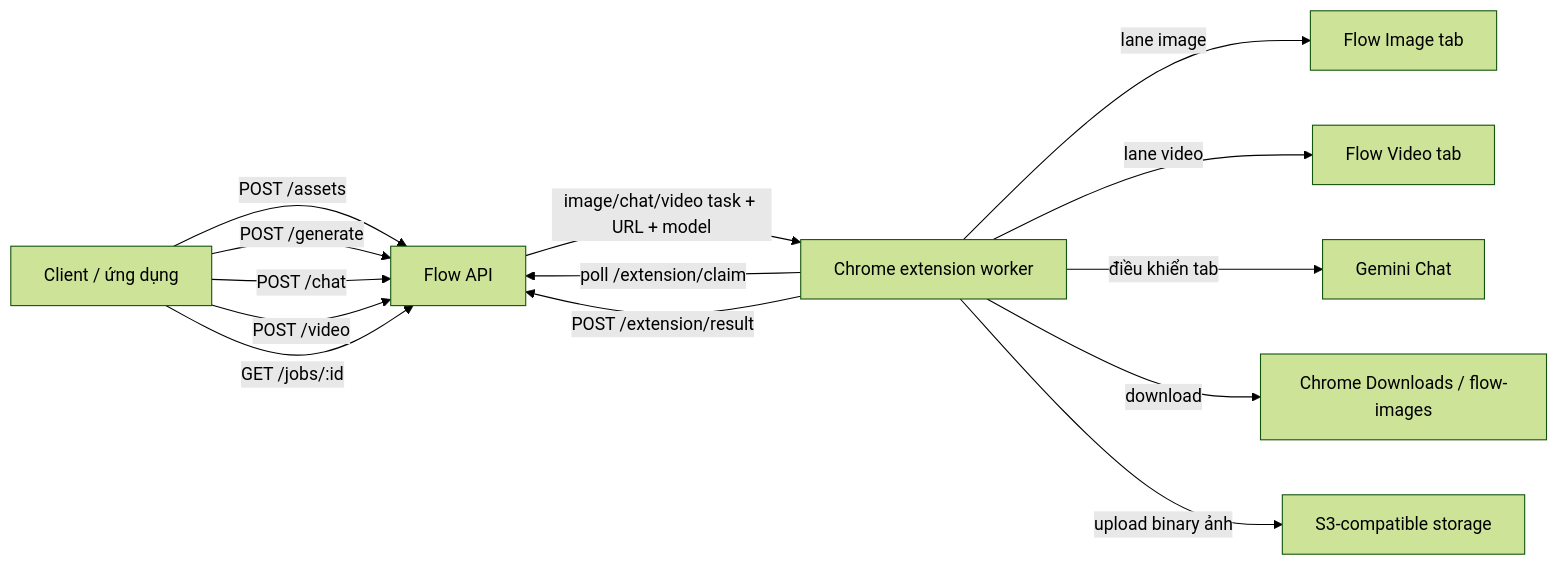
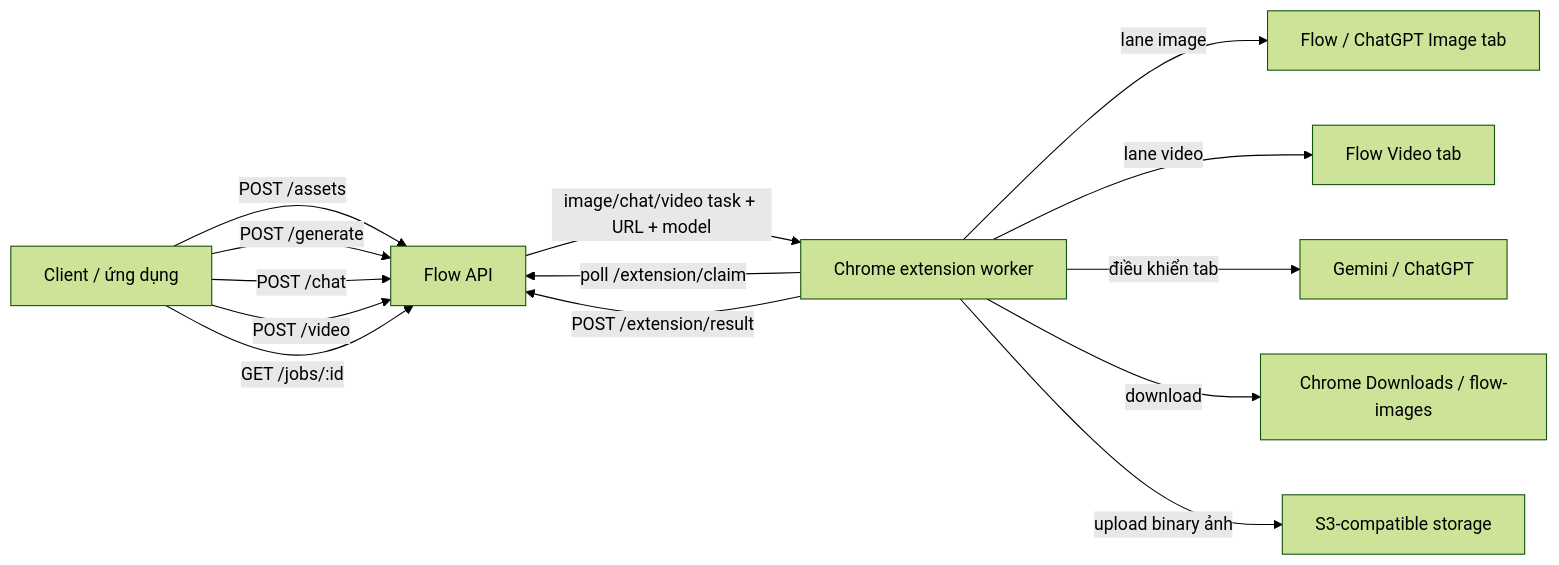
One commit to nhannguyenalien/automation changed the diagram in docs/ARCHITECTURE.md. Above: the diagram before and after it, drawn with Mermaid (forest theme). The commit also changed other lines of this file and 20 other files, not shown here.

````diff
--- a/docs/ARCHITECTURE.md
+++ b/docs/ARCHITECTURE.md
@@ -7,16 +7,16 @@
 ```mermaid
 flowchart LR
   C["Client / ứng dụng"] -->|"POST /assets"| A["Flow API"]
   C -->|"POST /generate"| A
   C -->|"POST /chat"| A
   C -->|"POST /video"| A
   E["Chrome extension worker"] -->|"poll /extension/claim"| A
   A -->|"image/chat/video task + URL + model"| E
-  E -->|"lane image"| F["Flow Image tab"]
+  E -->|"lane image"| F["Flow / ChatGPT Image tab"]
   E -->|"lane video"| V["Flow Video tab"]
-  E -->|"điều khiển tab"| G["Gemini Chat"]
+  E -->|"điều khiển tab"| G["Gemini / ChatGPT"]
   E -->|"download"| D["Chrome Downloads / flow-images"]
   E -->|"upload binary ảnh"| S["S3-compatible storage"]
   E -->|"POST /extension/result"| A
   C -->|"GET /jobs/:id"| A
 ```
````
